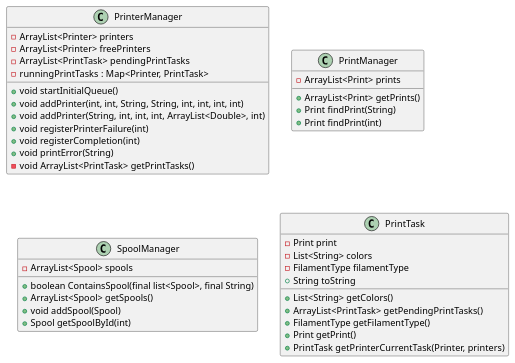
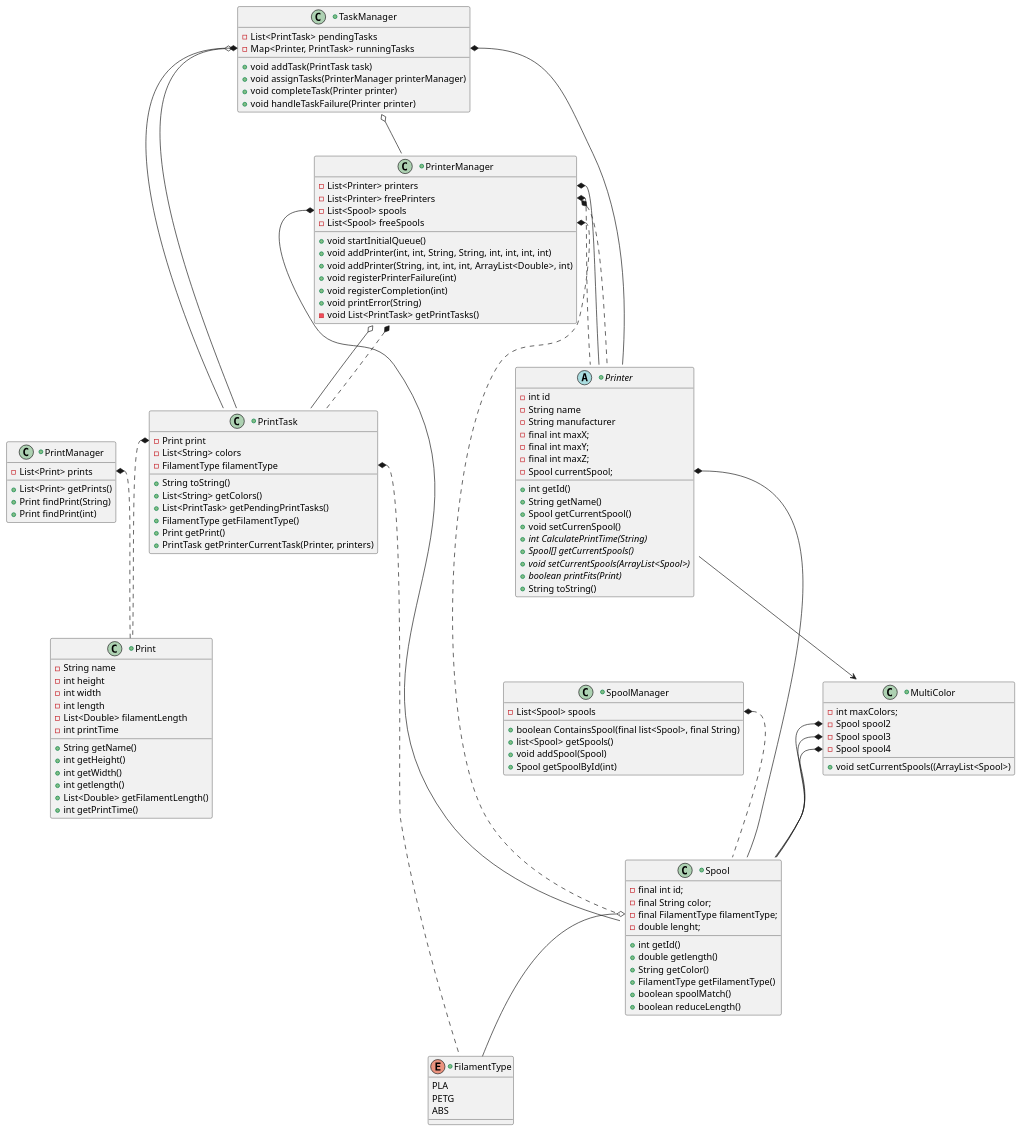
One commit to mhountsword/SysteemOntwerp changed the diagram in 3dprintscheduler-main/docs/diagrams/NewPrinterManagerClassDiagram.puml. Above: the diagram before and after it, drawn with PlantUML. The commit also changed 2 other files, not shown here.

Commit message:
classDiagram edited

```diff
--- a/3dprintscheduler-main/docs/diagrams/NewPrinterManagerClassDiagram.puml
+++ b/3dprintscheduler-main/docs/diagrams/NewPrinterManagerClassDiagram.puml
@@ -1,44 +1,139 @@
 @startuml
 'https://plantuml.com/class-diagram
-class PrinterManager{
--ArrayList<Printer> printers
--ArrayList<Printer> freePrinters
--ArrayList<PrintTask> pendingPrintTasks
--runningPrintTasks : Map<Printer, PrintTask>
++class PrinterManager{
+-List<Printer> printers
+-List<Printer> freePrinters
+-List<Spool> spools
+-List<Spool> freeSpools
 +void startInitialQueue()
 +void addPrinter(int, int, String, String, int, int, int, int)
 +void addPrinter(String, int, int, int, ArrayList<Double>, int)
 +void registerPrinterFailure(int)
 +void registerCompletion(int)
 +void printError(String)
--void ArrayList<PrintTask> getPrintTasks()
+-void List<PrintTask> getPrintTasks()
 }
+PrinterManager::printers *-- Printer
+PrinterManager::freePrinters *.. Printer
+PrinterManager::pendingPrintTasks o-- PrintTask
+PrinterManager::spools *-- Spool
+PrinterManager::freeSpools *.. Spool
+PrinterManager::runningPrintTask *.. Printer
+PrinterManager::runningPrintTask *.. PrintTask
 
-class PrintManager{
--ArrayList<Print> prints
-+ArrayList<Print> getPrints()
++class TaskManager{
+    - List<PrintTask> pendingTasks
+    - Map<Printer, PrintTask> runningTasks
+    + void addTask(PrintTask task)
+    + void assignTasks(PrinterManager printerManager)
+    + void completeTask(Printer printer)
+    + void handleTaskFailure(Printer printer)
+}
+TaskManager::runningTasks *-- Printer
+TaskManager::runningTasks *-- PrintTask
+TaskManager o-- PrinterManager
+TaskManager o-- PrintTask
+
++class PrintManager{
+-List<Print> prints
++List<Print> getPrints()
 +Print findPrint(String)
 +Print findPrint(int)
 }
+PrintManager::prints *.. Print
 
-class SpoolManager{
--ArrayList<Spool> spools
+
++class SpoolManager{
+-List<Spool> spools
 +boolean ContainsSpool(final list<Spool>, final String)
-+ArrayList<Spool> getSpools()
++list<Spool> getSpools()
 +void addSpool(Spool)
 +Spool getSpoolById(int)
 }
 
-class PrintTask{
+SpoolManager::spools *.. Spool
+
++class PrintTask{
 -Print print
 -List<String> colors
 -FilamentType filamentType
-+String toString
++String toString()
 +List<String> getColors()
-+ArrayList<PrintTask> getPendingPrintTasks()
++List<PrintTask> getPendingPrintTasks()
 +FilamentType getFilamentType()
 +Print getPrint()
 +PrintTask getPrinterCurrentTask(Printer, printers)
 }
 
+PrintTask::print *.. Print
+PrintTask::filamentType *.. FilamentType
+
++enum FilamentType{
+    PLA
+    PETG
+    ABS
+}
++abstract class Printer{
+- int id
+-String name
+-String manufacturer
++ int getId()
++ String getName()
+- final int maxX;
+- final int maxY;
+- final int maxZ;
+-  Spool currentSpool;
++ Spool getCurrentSpool()
++ void setCurrenSpool()
++ {abstract} int CalculatePrintTime(String)
++ {abstract} Spool[] getCurrentSpools()
++{abstract} void setCurrentSpools(ArrayList<Spool>)
++ {abstract} boolean printFits(Print)
++String toString()
+}
+Printer::currentSpool *-- Spool
+
++class MultiColor{
+- int maxColors;
+- Spool spool2
+-Spool spool3
+- Spool spool4
++void setCurrentSpools((ArrayList<Spool>)
+}
+MultiColor::spool2 *-- Spool
+MultiColor::spool3 *-- Spool
+MultiColor::spool4 *-- Spool
+
+
++class Print{
+-String name
+- int height
+- int width
+- int length
+- List<Double> filamentLength
+- int printTime
++ String getName()
++ int getHeight()
++ int getWidth()
++ int getlength()
++ List<Double> getFilamentLength()
++ int getPrintTime()
+}
+
++class Spool{
+- final int id;
+- final String color;
+- final FilamentType filamentType;
+-double lenght;
++int getId()
++double getlength()
++String getColor()
++FilamentType getFilamentType()
++ boolean spoolMatch()
++boolean reduceLength()
+}
+
+Spool::filamentType o-- FilamentType
+Printer --> MultiColor
+
 @enduml
```
